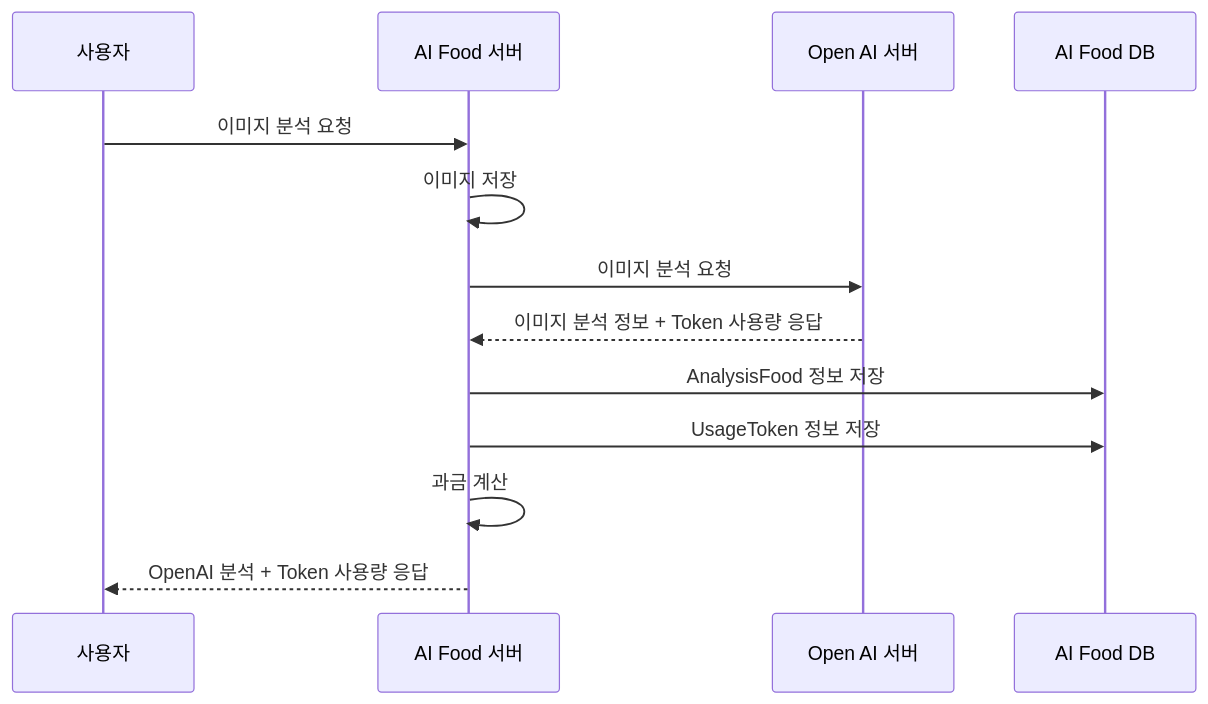
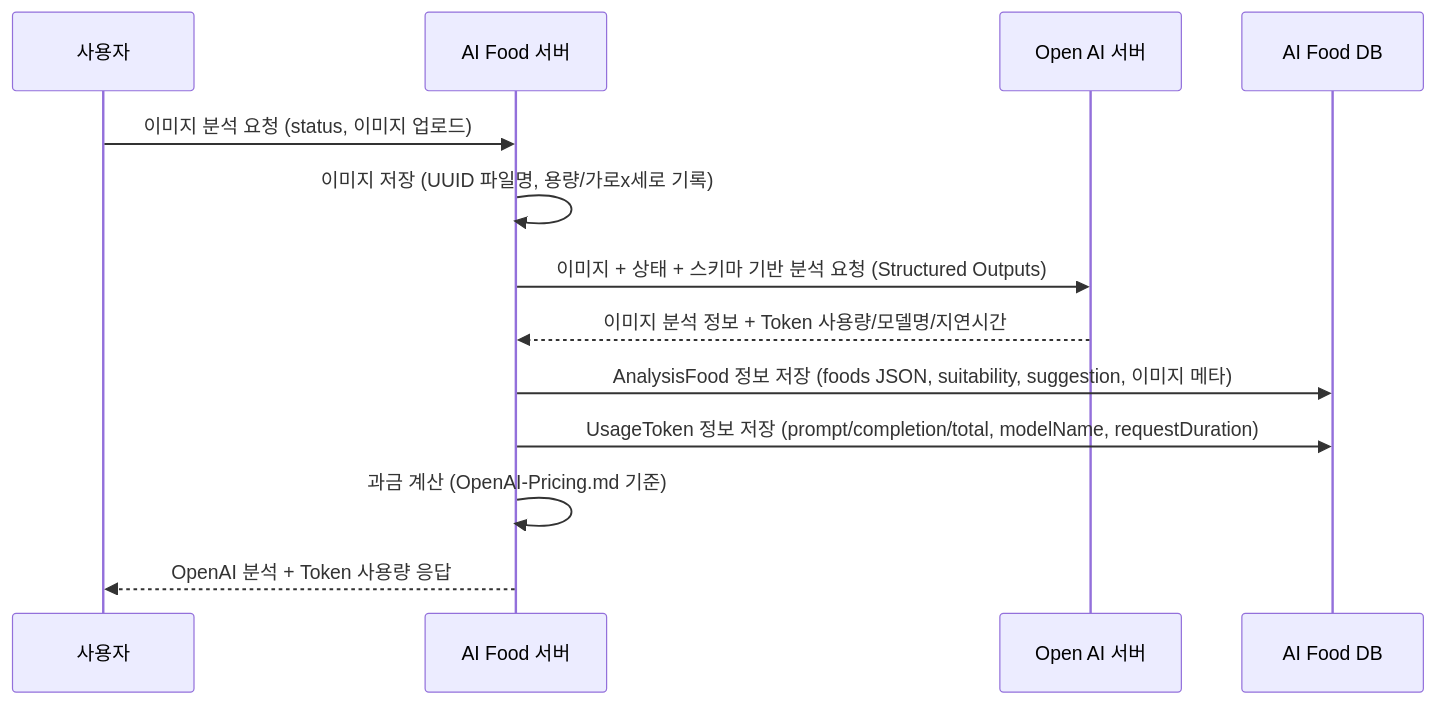
The diagram in prompts/requirements.md (photiary/ai-foo), drawn with Mermaid before and after one commit. The commit also changed other lines of this file and 11 other files, not shown here.

````diff
--- a/prompts/requirements.md
+++ b/prompts/requirements.md
@@ -50,16 +50,16 @@
 ```mermaid
 sequenceDiagram
     participant User as 사용자
     participant FoodServer as AI Food 서버
     participant OpenAI as Open AI 서버
     participant FoodDB as AI Food DB
     
-    User ->> FoodServer: 이미지 분석 요청
-    FoodServer ->> FoodServer: 이미지 저장
-    FoodServer ->> OpenAI: 이미지 분석 요청
-    OpenAI -->> FoodServer: 이미지 분석 정보 + Token 사용량 응답
-    FoodServer ->> FoodDB: AnalysisFood 정보 저장
-    FoodServer ->> FoodDB: UsageToken 정보 저장
-    FoodServer ->> FoodServer: 과금 계산
+    User ->> FoodServer: 이미지 분석 요청 (status, 이미지 업로드)
+    FoodServer ->> FoodServer: 이미지 저장 (UUID 파일명, 용량/가로x세로 기록)
+    FoodServer ->> OpenAI: 이미지 + 상태 + 스키마 기반 분석 요청 (Structured Outputs)
+    OpenAI -->> FoodServer: 이미지 분석 정보 + Token 사용량/모델명/지연시간
+    FoodServer ->> FoodDB: AnalysisFood 정보 저장 (foods JSON, suitability, suggestion, 이미지 메타)
+    FoodServer ->> FoodDB: UsageToken 정보 저장 (prompt/completion/total, modelName, requestDuration)
+    FoodServer ->> FoodServer: 과금 계산 (OpenAI-Pricing.md 기준)
     FoodServer -->> User: OpenAI 분석 + Token 사용량 응답
 ```
````
